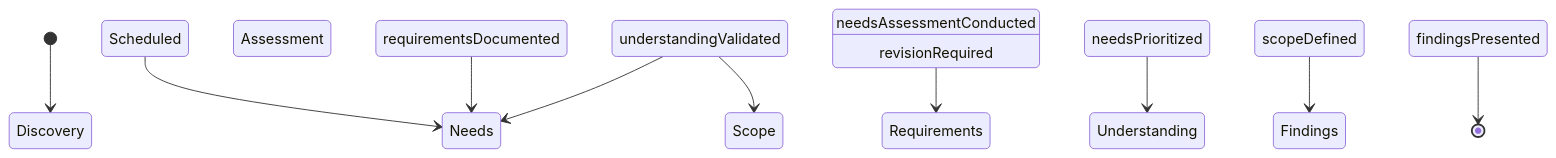
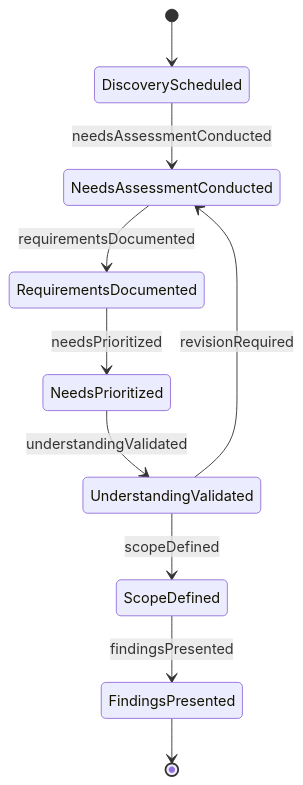
The second of 4 diagrams in CommunicatingWithSupervisorsPeersOrSubordinates/ConferWithClientsToDetermineNeedsOrOrderSpecifications/ConferClientsDetermineNeeds.mdx (dot-org-ai/tasks.org.ai), drawn with Mermaid before and after one commit. The commit also changed 515 other files, not shown here.

````diff
--- a/CommunicatingWithSupervisorsPeersOrSubordinates/ConferWithClientsToDetermineNeedsOrOrderSpecifications/ConferClientsDetermineNeeds.mdx
+++ b/CommunicatingWithSupervisorsPeersOrSubordinates/ConferWithClientsToDetermineNeedsOrOrderSpecifications/ConferClientsDetermineNeeds.mdx
@@ -97,12 +97,12 @@
 ```mermaid
 stateDiagram-v2
-    [*] --> Discovery Scheduled
-    Discovery Scheduled --> Needs Assessment Conducted : needsAssessmentConducted
-    Needs Assessment Conducted --> Requirements Documented : requirementsDocumented
-    Requirements Documented --> Needs Prioritized : needsPrioritized
-    Needs Prioritized --> Understanding Validated : understandingValidated
-    Understanding Validated --> Scope Defined : scopeDefined
-    Understanding Validated --> Needs Assessment Conducted : revisionRequired
-    Scope Defined --> Findings Presented : findingsPresented
-    Findings Presented --> [*]
+    [*] --> DiscoveryScheduled
+    DiscoveryScheduled --> NeedsAssessmentConducted : needsAssessmentConducted
+    NeedsAssessmentConducted --> RequirementsDocumented : requirementsDocumented
+    RequirementsDocumented --> NeedsPrioritized : needsPrioritized
+    NeedsPrioritized --> UnderstandingValidated : understandingValidated
+    UnderstandingValidated --> ScopeDefined : scopeDefined
+    UnderstandingValidated --> NeedsAssessmentConducted : revisionRequired
+    ScopeDefined --> FindingsPresented : findingsPresented
+    FindingsPresented --> [*]
 ```
````
